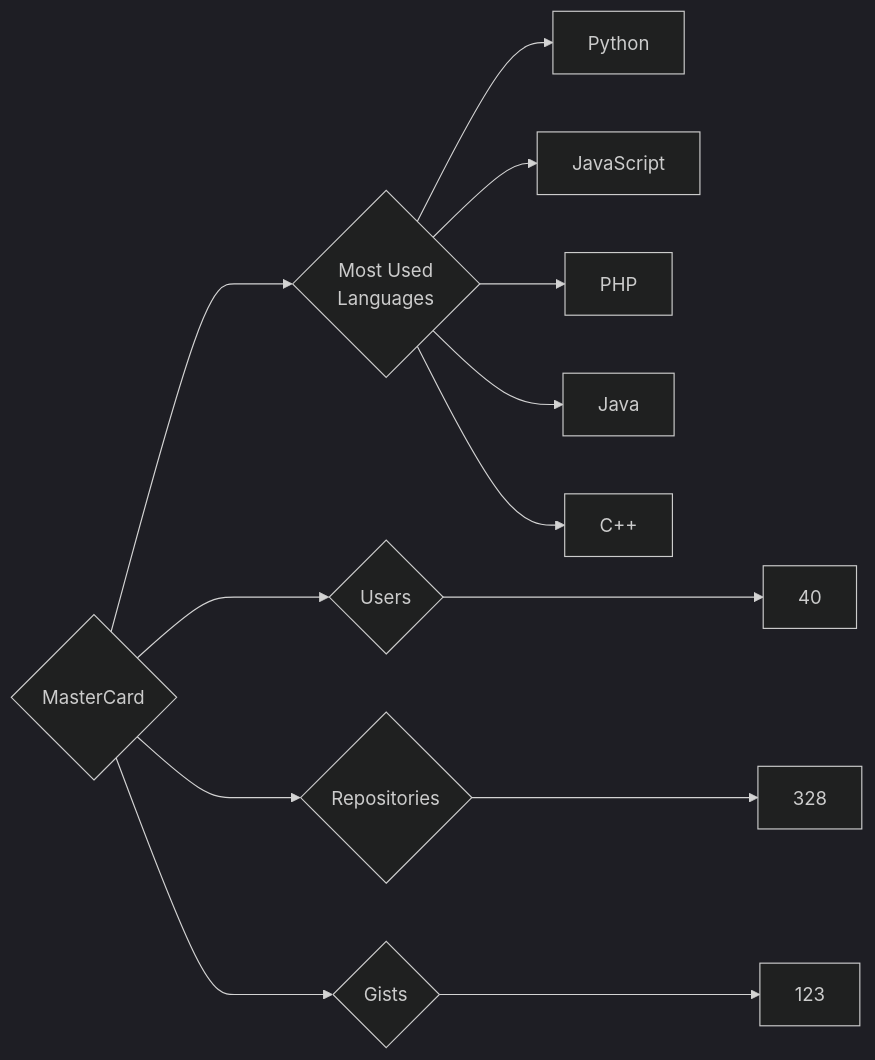
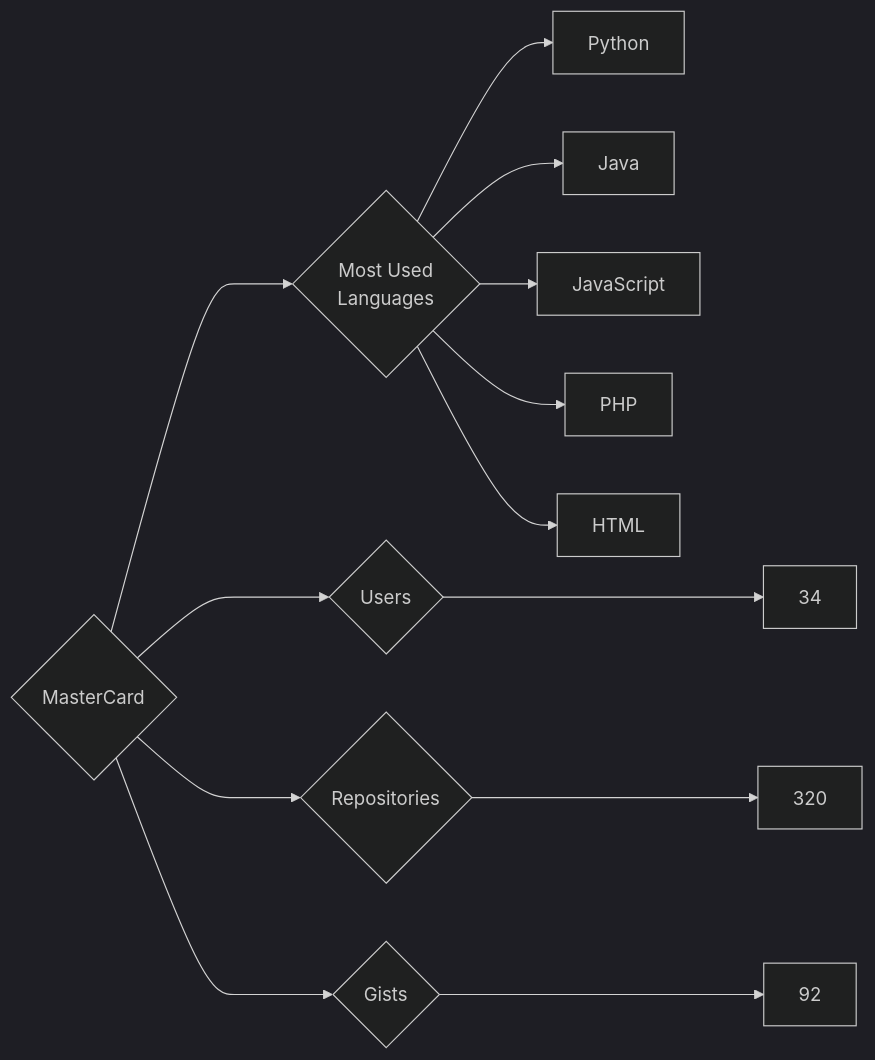
One commit to trickest/insiders changed the diagram in targets/MasterCard/README.md. Above: the diagram before and after it, drawn with Mermaid (dark theme). The commit also changed 928 other files, not shown here.

````diff
--- a/targets/MasterCard/README.md
+++ b/targets/MasterCard/README.md
@@ -3,13 +3,13 @@
 ```mermaid
 graph LR
 COMPANY_NAME{MasterCard}
-COMPANY_NAME ---> U{Users} ---> UN[40]
-COMPANY_NAME ---> R{Repositories} ---> RN[328]
-COMPANY_NAME ---> G{Gists} ---> GN[123]
+COMPANY_NAME ---> U{Users} ---> UN[34]
+COMPANY_NAME ---> R{Repositories} ---> RN[320]
+COMPANY_NAME ---> G{Gists} ---> GN[92]
 COMPANY_NAME ---> ML{Most Used<br>Languages}
 ML --> Python[Python]
+ML --> Java[Java]
 ML --> JavaScript[JavaScript]
 ML --> PHP[PHP]
-ML --> Java[Java]
-ML --> C++[C++]
+ML --> HTML[HTML]
 ```
````
